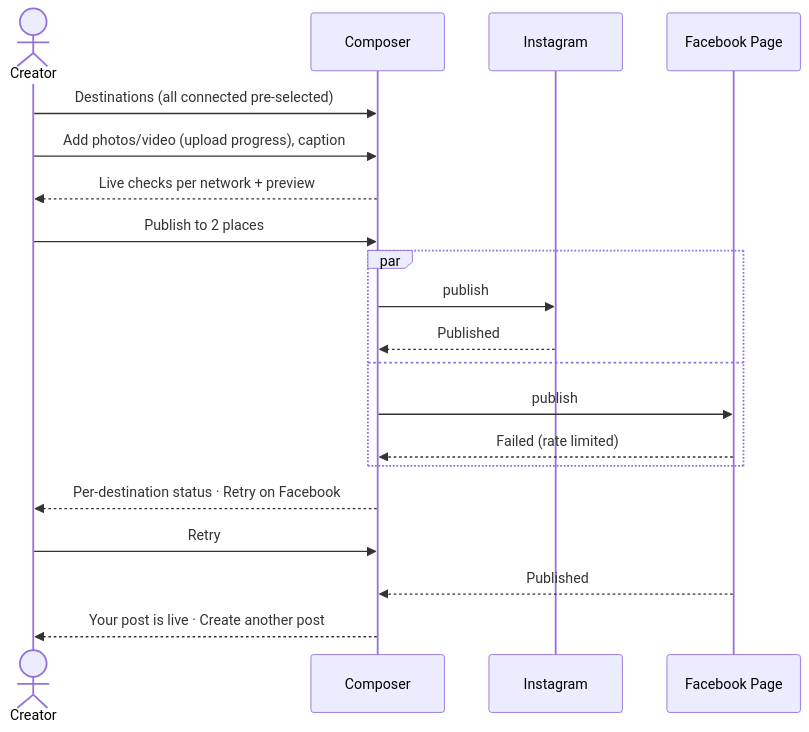
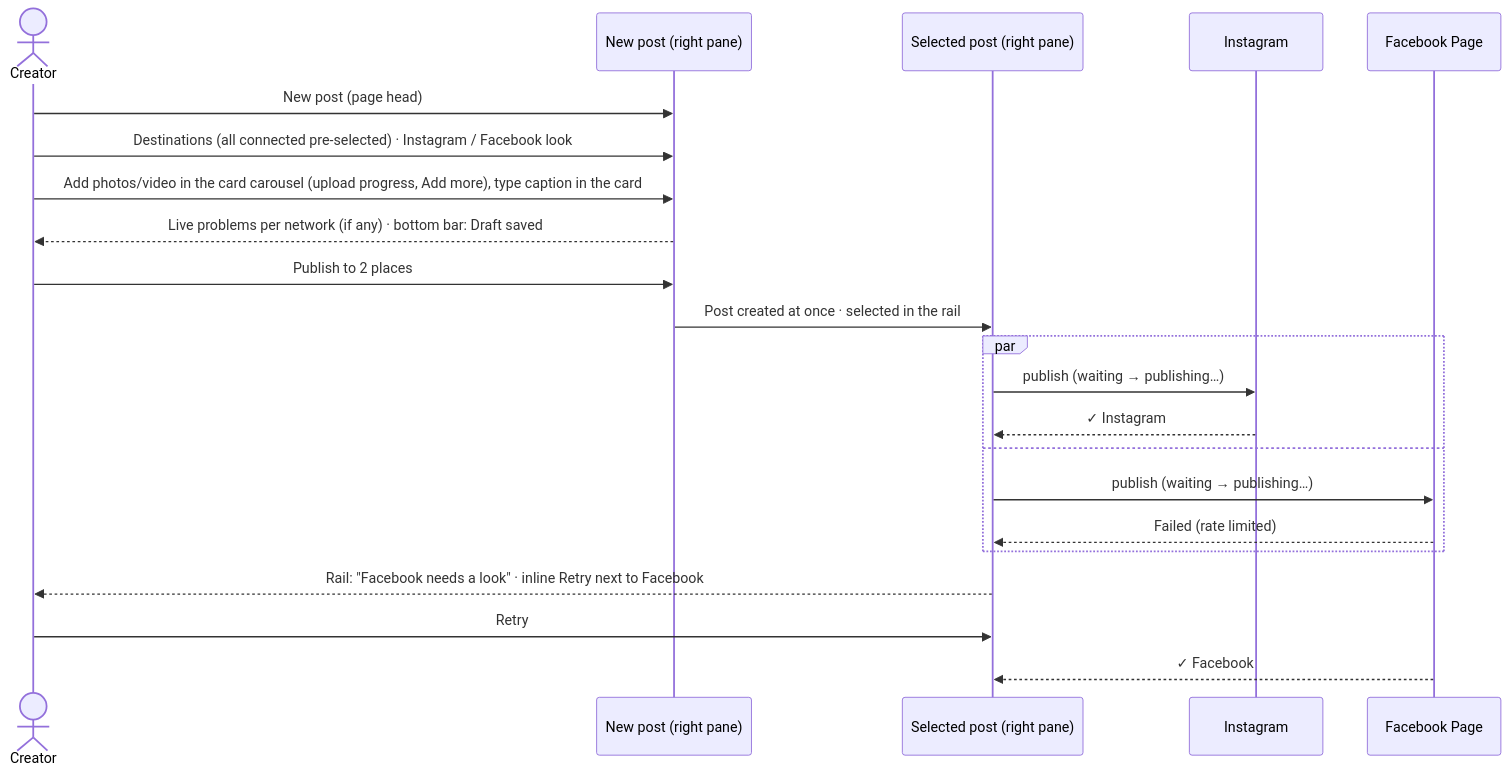
One commit to NguyenDuy1910/linkee changed the seventh of 11 diagrams in ux_preview/product-flow.md. Above: the diagram before and after it, drawn with Mermaid. The commit also changed other lines of this file and 17 other files, not shown here.

````diff
--- a/ux_preview/product-flow.md
+++ b/ux_preview/product-flow.md
@@ -90,22 +155,24 @@
 ```mermaid
 sequenceDiagram
   actor U as Creator
-  participant C as Composer
+  participant C as New post (right pane)
+  participant P as Selected post (right pane)
   participant IG as Instagram
   participant FB as Facebook Page
-  U->>C: Destinations (all connected pre-selected)
-  U->>C: Add photos/video (upload progress), caption
-  C-->>U: Live checks per network + preview
+  U->>C: New post (page head)
+  U->>C: Destinations (all connected pre-selected) · Instagram / Facebook look
+  U->>C: Add photos/video in the card carousel (upload progress, Add more), type caption in the card
+  C-->>U: Live problems per network (if any) · bottom bar: Draft saved
   U->>C: Publish to 2 places
+  C->>P: Post created at once · selected in the rail
   par
-    C->>IG: publish
-    IG-->>C: Published
+    P->>IG: publish (waiting → publishing…)
+    IG-->>P: ✓ Instagram
   and
-    C->>FB: publish
-    FB-->>C: Failed (rate limited)
+    P->>FB: publish (waiting → publishing…)
+    FB-->>P: Failed (rate limited)
   end
-  C-->>U: Per-destination status · Retry on Facebook
-  U->>C: Retry
-  FB-->>C: Published
-  C-->>U: Your post is live · Create another post
+  P-->>U: Rail: "Facebook needs a look" · inline Retry next to Facebook
+  U->>P: Retry
+  FB-->>P: ✓ Facebook
 ```
````
